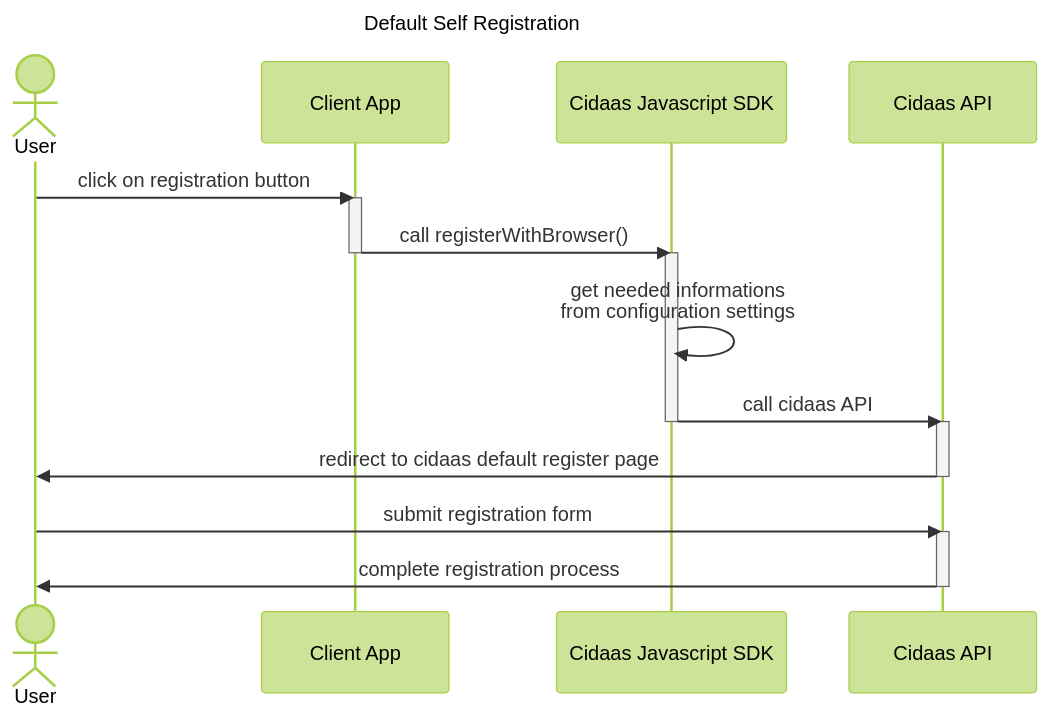
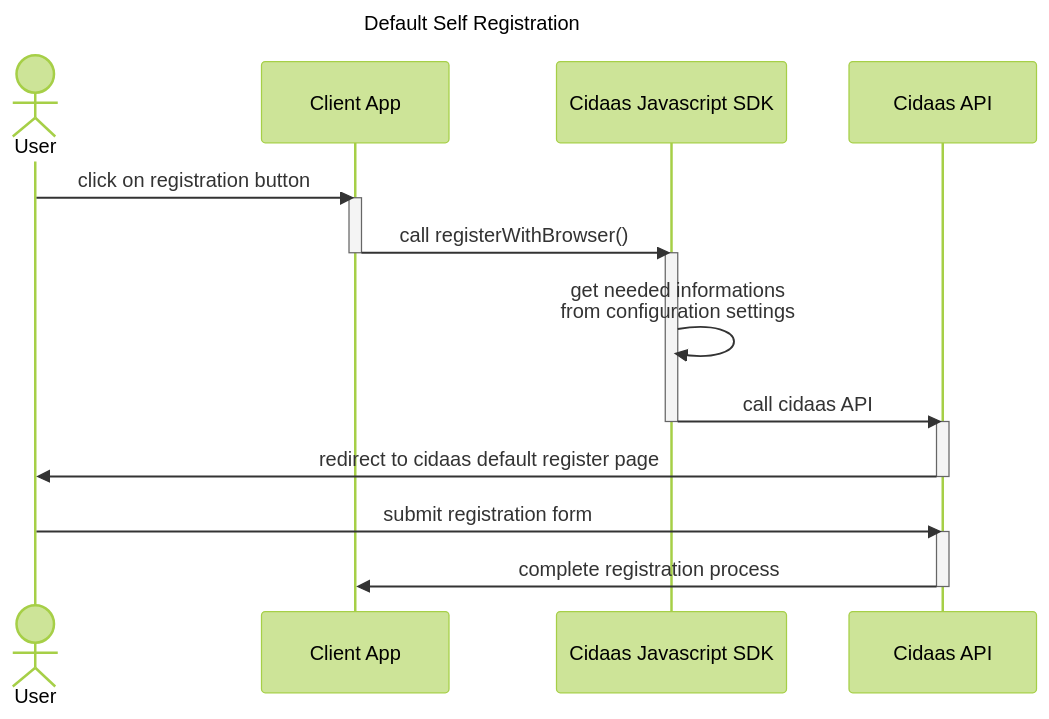
One commit to cidaas/cidaas-javascript-sdk changed the first of 6 diagrams in overview/user-management.md. Above: the diagram before and after it, drawn with Mermaid (forest theme). The commit also changed other lines of this file and 6 other files, not shown here.

````diff
--- a/overview/user-management.md
+++ b/overview/user-management.md
@@ -19,30 +19,30 @@
 ```mermaid
 ---
 title: Default Self Registration
 ---
 sequenceDiagram
   Actor User
   participant ClientApp as Client App
   participant CidaasSDK as Cidaas Javascript SDK
   participant CidaasAPI as Cidaas API
 
 User ->> ClientApp: click on registration button
 
 activate ClientApp
 ClientApp ->> CidaasSDK: call registerWithBrowser()
 deactivate ClientApp
 
 activate CidaasSDK
 CidaasSDK ->> CidaasSDK: get needed informations <br/>from configuration settings
 CidaasSDK ->> CidaasAPI: call cidaas API
 deactivate CidaasSDK
 
 activate CidaasAPI
 CidaasAPI ->> User: redirect to cidaas default register page
 deactivate CidaasAPI
 
 User ->> CidaasAPI: submit registration form
 activate CidaasAPI
-CidaasAPI ->> User: complete registration process
+CidaasAPI ->> ClientApp: complete registration process
 deactivate CidaasAPI
 ```
````
